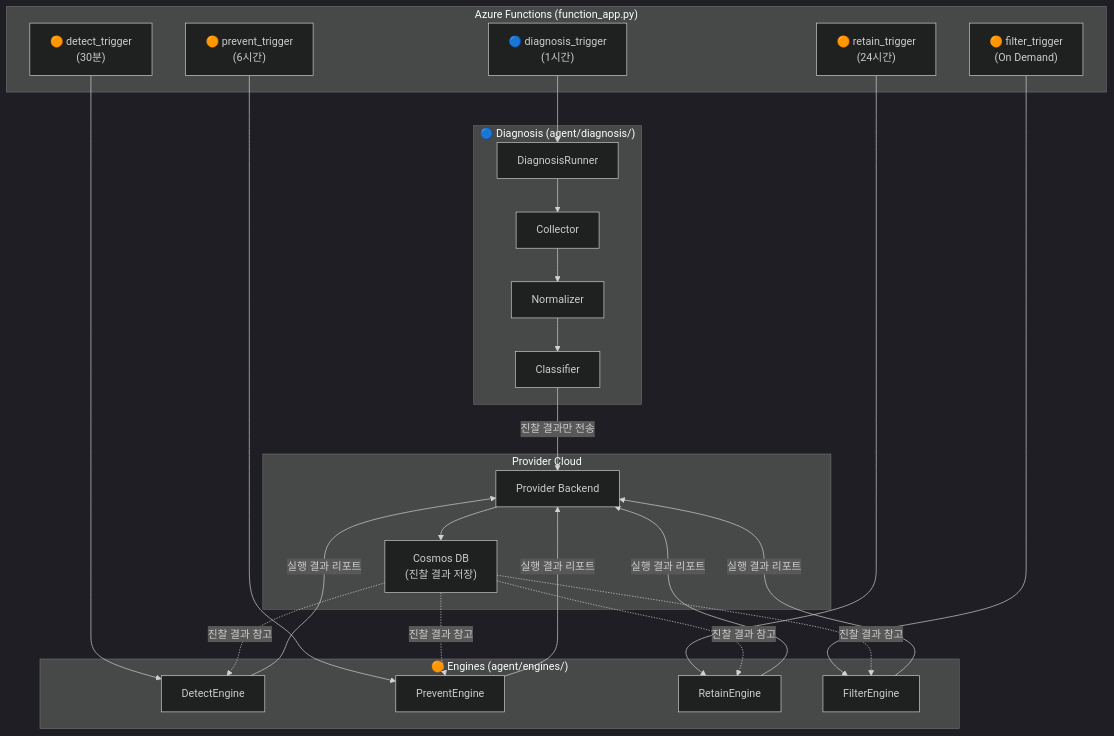
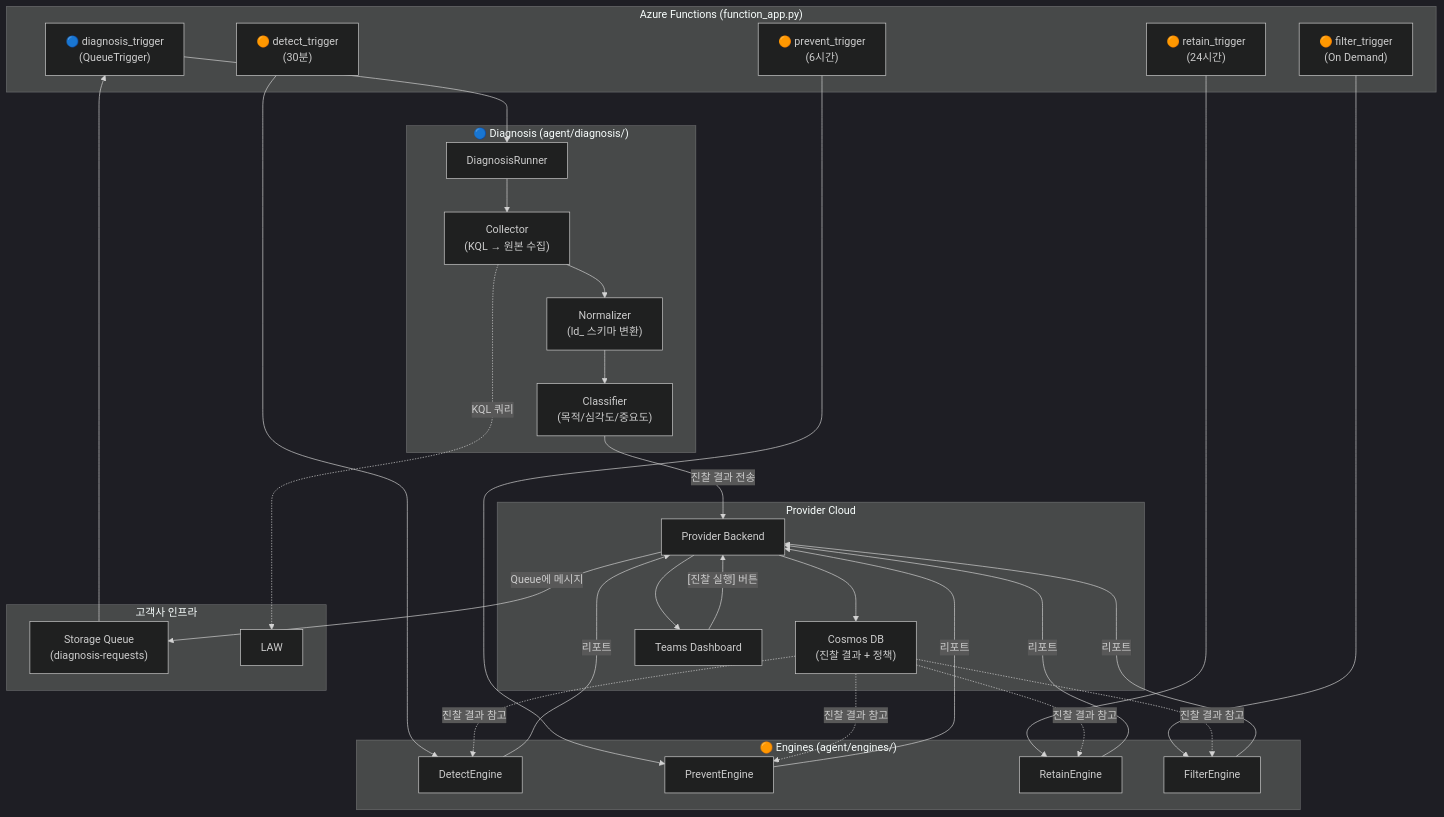
One commit to logDoctor/document changed the fifth of 5 diagrams in azure/projects/log-diagnosis-implementation.md. Above: the diagram before and after it, drawn with Mermaid (dark theme). The commit also changed other lines of this file and 1 other file, not shown here.

Commit message:
docs: 진찰 구현 가이드 대폭 확장 (LAW 테이블 매핑, 모듈 구현, Queue 인프라, 에러 처리)

````diff
--- a/azure/projects/log-diagnosis-implementation.md
+++ b/azure/projects/log-diagnosis-implementation.md
@@ -369,42 +1142,51 @@
 ```mermaid
 graph TB
     subgraph "Azure Functions (function_app.py)"
-        DT["🔵 diagnosis_trigger<br/>(1시간)"]
+        DT["🔵 diagnosis_trigger<br/>(QueueTrigger)"]
         ET1["🟠 detect_trigger<br/>(30분)"]
         ET2["🟠 prevent_trigger<br/>(6시간)"]
         ET3["🟠 retain_trigger<br/>(24시간)"]
         ET4["🟠 filter_trigger<br/>(On Demand)"]
     end
 
     subgraph "🔵 Diagnosis (agent/diagnosis/)"
         DR["DiagnosisRunner"]
-        CO["Collector"]
-        NO["Normalizer"]
-        CL["Classifier"]
+        CO["Collector<br/>(KQL → 원본 수집)"]
+        NO["Normalizer<br/>(ld_ 스키마 변환)"]
+        CL["Classifier<br/>(목적/심각도/중요도)"]
         DR --> CO --> NO --> CL
     end
 
     subgraph "🟠 Engines (agent/engines/)"
         DE["DetectEngine"]
         PE["PreventEngine"]
         RE["RetainEngine"]
         FI["FilterEngine"]
     end
 
     subgraph "Provider Cloud"
         PB["Provider Backend"]
-        DB["Cosmos DB<br/>(진찰 결과 저장)"]
+        DB["Cosmos DB<br/>(진찰 결과 + 정책)"]
+        TM["Teams Dashboard"]
     end
 
-    DT --> DR
-    CL -->|진찰 결과만 전송| PB
-    PB --> DB
+    subgraph "고객사 인프라"
+        QU["Storage Queue<br/>(diagnosis-requests)"]
+        LAW["LAW"]
+    end
+
+    TM -->|"[진찰 실행] 버튼"| PB
+    PB -->|"Queue에 메시지"| QU
+    QU --> DT --> DR
+    CO -.->|KQL 쿼리| LAW
+    CL -->|진찰 결과 전송| PB --> DB
 
     ET1 --> DE
     ET2 --> PE
     ET3 --> RE
     ET4 --> FI
 
     DB -.->|진찰 결과 참고| DE & PE & RE & FI
-    DE & PE & RE & FI -->|실행 결과 리포트| PB
+    DE & PE & RE & FI -->|리포트| PB
+    PB --> TM
 ```
````
